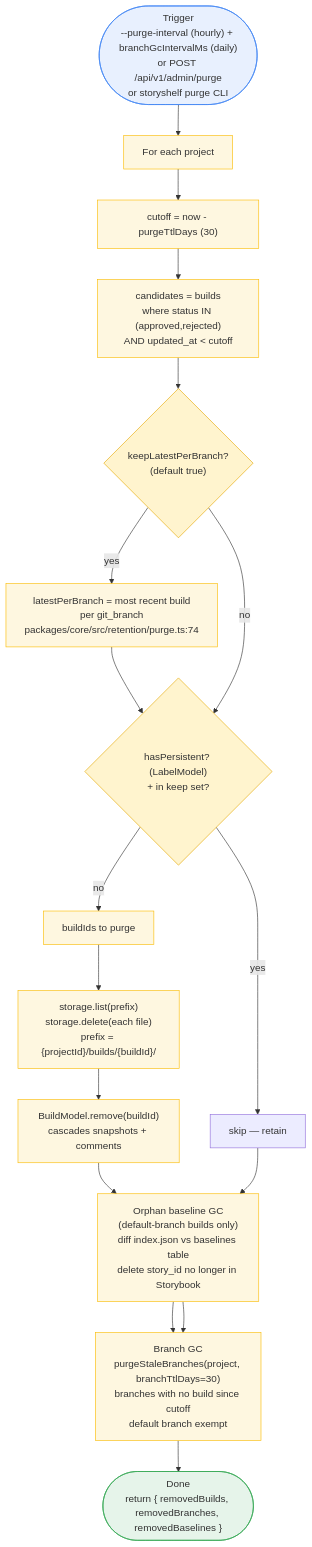
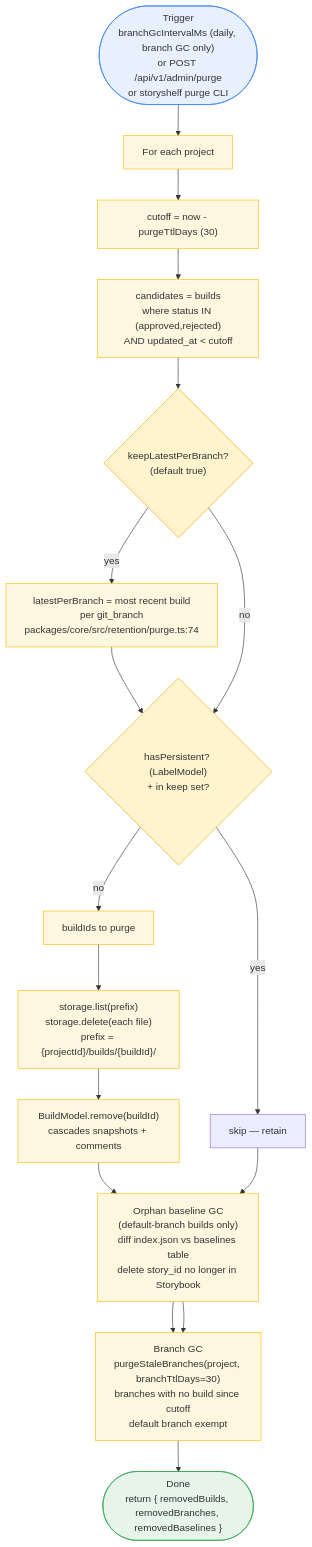
One commit to GuptaSiddhant/StoryShelf changed diagram 12 of 18 in docs/architecture-diagrams.md. Above: the diagram before and after it, drawn with Mermaid. The commit also changed other lines of this file and 10 other files, not shown here.

````diff
--- a/docs/architecture-diagrams.md
+++ b/docs/architecture-diagrams.md
@@ -685,34 +685,34 @@
 ```mermaid
 flowchart TB
-    startP(["Trigger<br/>--purge-interval (hourly) + branchGcIntervalMs (daily)<br/>or POST /api/v1/admin/purge<br/>or storyshelf purge CLI"])
+    startP(["Trigger<br/>branchGcIntervalMs (daily, branch GC only)<br/>or POST /api/v1/admin/purge<br/>or storyshelf purge CLI"])
     loadProjects["For each project"]
     cutoff["cutoff = now - purgeTtlDays (30)"]
     candidates["candidates = builds<br/>where status IN (approved,rejected)<br/>AND updated_at < cutoff"]
     keepLatest{"keepLatestPerBranch?<br/>(default true)"}
     latest["latestPerBranch = most recent build<br/>per git_branch<br/>packages/core/src/retention/purge.ts:74"]
     checkPersistent{"hasPersistent? (LabelModel)<br/>+ in keep set?"}
     skip["skip — retain"]
     toPurge["buildIds to purge"]
     delFiles["storage.list(prefix)<br/>storage.delete(each file)<br/>prefix = {projectId}/builds/{buildId}/"]
     delRows["BuildModel.remove(buildId)<br/>cascades snapshots + comments"]
     orphanGC["Orphan baseline GC<br/>(default-branch builds only)<br/>diff index.json vs baselines table<br/>delete story_id no longer in Storybook"]
     branchGC["Branch GC<br/>purgeStaleBranches(project, branchTtlDays=30)<br/>branches with no build since cutoff<br/>default branch exempt"]
     done(["Done<br/>return { removedBuilds, removedBranches, removedBaselines }"])
 
     startP --> loadProjects --> cutoff --> candidates --> keepLatest
     keepLatest -- yes --> latest --> checkPersistent
     keepLatest -- no --> checkPersistent
     checkPersistent -- yes --> skip
     checkPersistent -- no --> toPurge --> delFiles --> delRows --> orphanGC --> branchGC --> done
     skip --> orphanGC
     orphanGC --> branchGC
 
     classDef trigger fill:#e8f0fe,stroke:#4285f4;
     classDef decision fill:#fff4ce,stroke:#e6a800;
     classDef action fill:#fef7e0,stroke:#fbbc04;
     classDef done2 fill:#e6f4ea,stroke:#34a853;
     class startP trigger;
     class keepLatest,checkPersistent decision;
     class loadProjects,cutoff,candidates,latest,toPurge,delFiles,delRows,orphanGC,branchGC action;
     class done done2;
 ```
````
